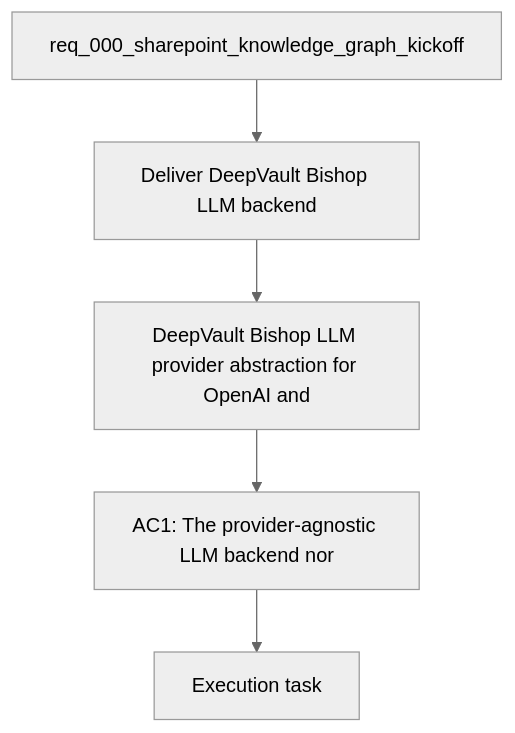
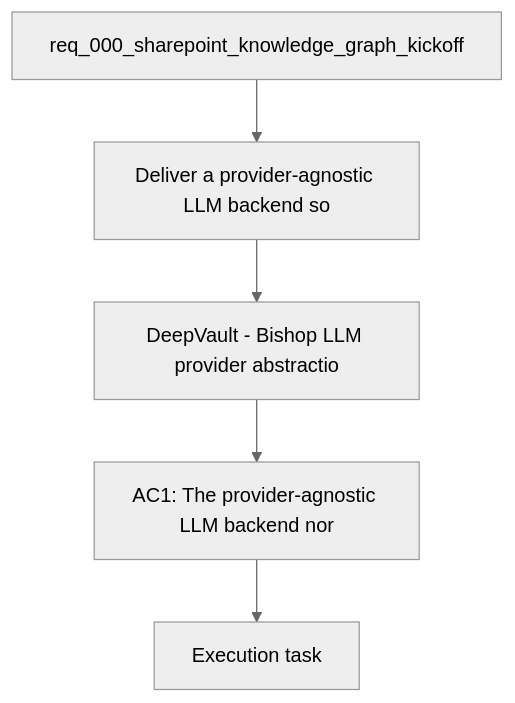
The diagram in logics/backlog/item_007_llm_provider_abstraction_for_openai_and_gemini.md (AlexAgo83/deepvault), drawn with Mermaid (neutral theme) before and after one commit. The commit also changed other lines of this file and 28 other files, not shown here.

Commit message:
Align DeepVault docs and UI workflow guardrails

````diff
--- a/logics/backlog/item_007_llm_provider_abstraction_for_openai_and_gemini.md
+++ b/logics/backlog/item_007_llm_provider_abstraction_for_openai_and_gemini.md
@@ -22,9 +22,9 @@
 ```mermaid
 %% logics-kind: backlog
 %% logics-signature: backlog|deepvault-bishop-llm-provider-abstractio|req-000-sharepoint-knowledge-graph-kicko|deliver-a-provider-agnostic-llm-backend-|ac1-the-provider-agnostic-llm-backend-no
 flowchart TD
-    Request[req_000_sharepoint_knowledge_graph_kickoff] --> Problem[Deliver DeepVault Bishop LLM backend]
-    Problem --> Scope[DeepVault Bishop LLM provider abstraction for OpenAI and]
+    Request[req_000_sharepoint_knowledge_graph_kickoff] --> Problem[Deliver a provider-agnostic LLM backend so]
+    Problem --> Scope[DeepVault - Bishop LLM provider abstractio]
     Scope --> Acceptance[AC1: The provider-agnostic LLM backend nor]
     Acceptance --> Tasks[Execution task]
 ```
````
